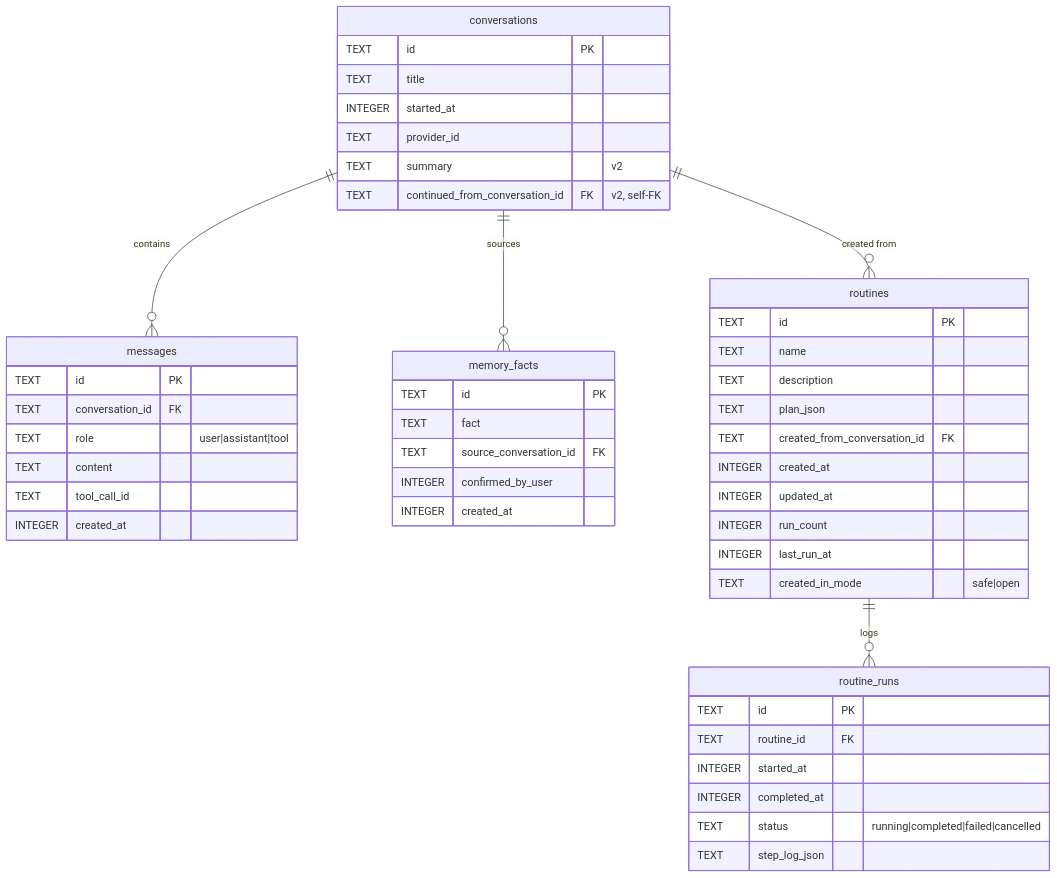
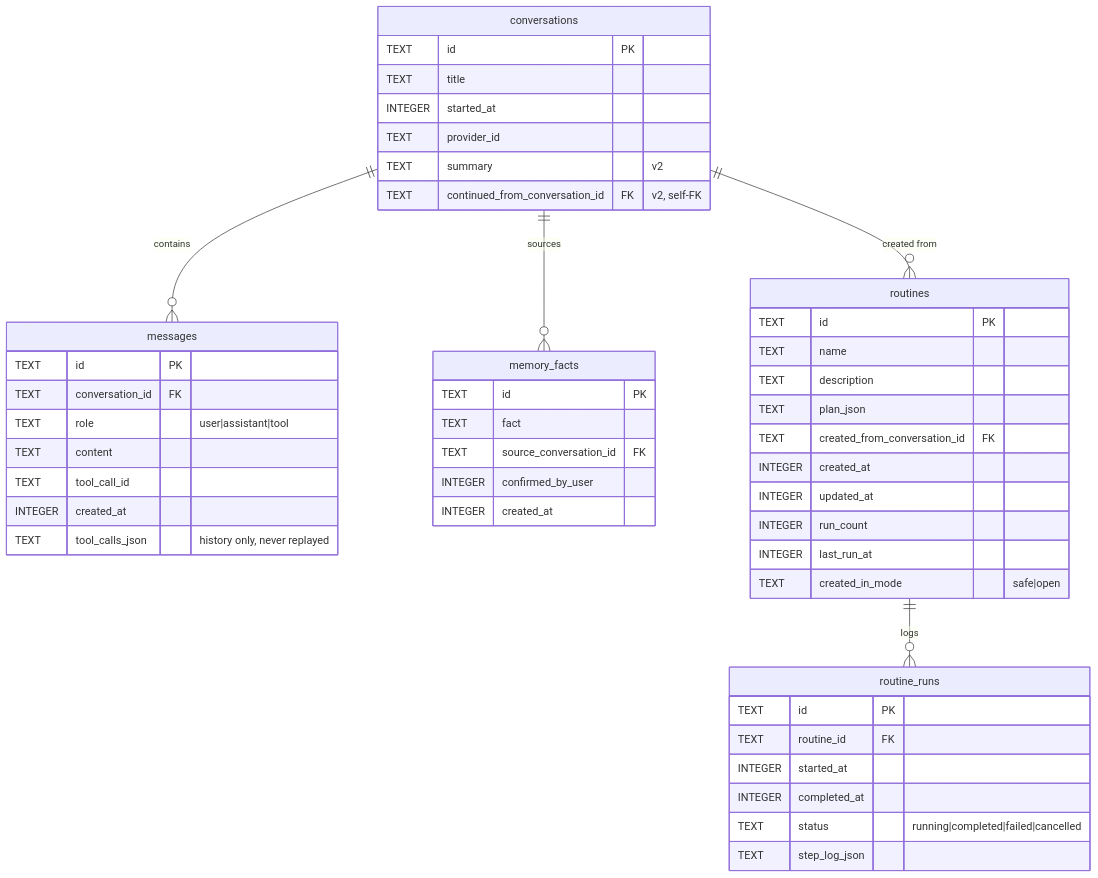
The first of 3 diagrams in docs/data-model.md (N041M/Addison), drawn with Mermaid before and after one commit. The commit also changed other lines of this file and 15 other files, not shown here.

````diff
--- a/docs/data-model.md
+++ b/docs/data-model.md
@@ -31,51 +31,52 @@
 ```mermaid
 erDiagram
     conversations ||--o{ messages : contains
     conversations ||--o{ memory_facts : sources
     conversations ||--o{ routines : "created from"
     routines ||--o{ routine_runs : logs
 
     conversations {
         TEXT id PK
         TEXT title
         INTEGER started_at
         TEXT provider_id
         TEXT summary "v2"
         TEXT continued_from_conversation_id FK "v2, self-FK"
     }
     messages {
         TEXT id PK
         TEXT conversation_id FK
         TEXT role "user|assistant|tool"
         TEXT content
         TEXT tool_call_id
         INTEGER created_at
+        TEXT tool_calls_json "history only, never replayed"
     }
     memory_facts {
         TEXT id PK
         TEXT fact
         TEXT source_conversation_id FK
         INTEGER confirmed_by_user
         INTEGER created_at
     }
     routines {
         TEXT id PK
         TEXT name
         TEXT description
         TEXT plan_json
         TEXT created_from_conversation_id FK
         INTEGER created_at
         INTEGER updated_at
         INTEGER run_count
         INTEGER last_run_at
         TEXT created_in_mode "safe|open"
     }
     routine_runs {
         TEXT id PK
         TEXT routine_id FK
         INTEGER started_at
         INTEGER completed_at
         TEXT status "running|completed|failed|cancelled"
         TEXT step_log_json
     }
 ```
````
